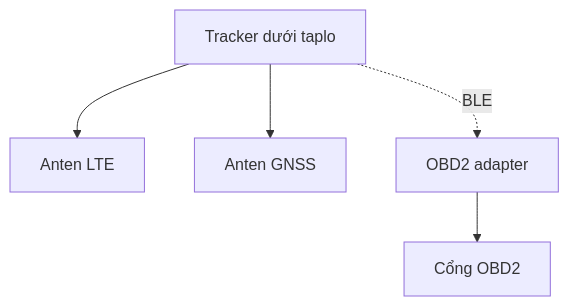
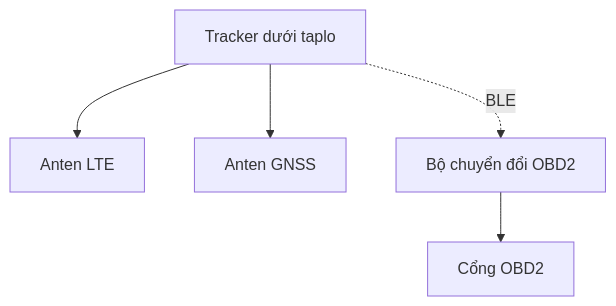
Before and after one commit to anmh1205/IoT_Vehicle_Tracking_System: the diagram in resources/reports/thesis-chapters/assets/uml/07-chuong-4-trien-khai-hardware-hinh-4-15.mmd, drawn with Mermaid. The commit also changed 17 other files, not shown here.

```diff
--- a/resources/reports/thesis-chapters/assets/uml/07-chuong-4-trien-khai-hardware-hinh-4-15.mmd
+++ b/resources/reports/thesis-chapters/assets/uml/07-chuong-4-trien-khai-hardware-hinh-4-15.mmd
@@ -1,5 +1,5 @@
 flowchart TB
     Tracker["Tracker dưới taplo"] --> LTE["Anten LTE"]
     Tracker --> GNSS["Anten GNSS"]
-    Tracker -. BLE .-> OBD["OBD2 adapter"]
+    Tracker -.->|BLE| OBD["Bộ chuyển đổi OBD2"]
     OBD --> Port["Cổng OBD2"]
```
